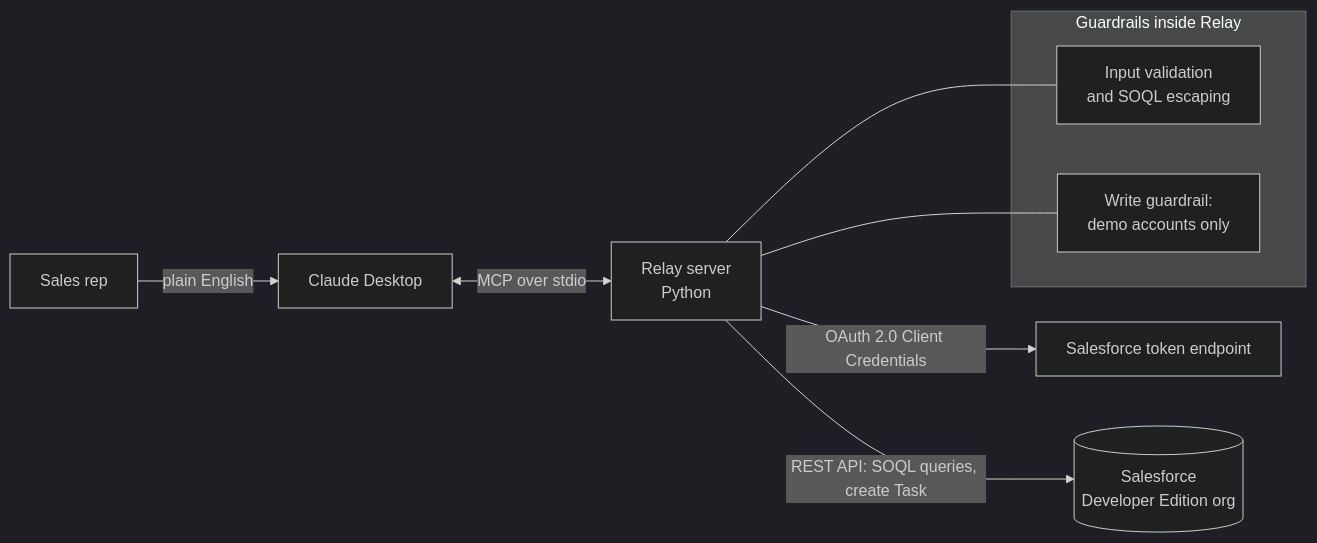
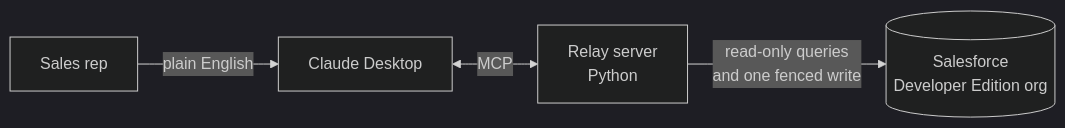
One commit to SahilH-spec/relay-crm-mcp changed the diagram in README.md. Above: the diagram before and after it, drawn with Mermaid (dark theme). The commit also changed other lines of this file and 1 other file, not shown here.

````diff
--- a/README.md
+++ b/README.md
@@ -19,13 +28,6 @@
 ```mermaid
 flowchart LR
-    U[Sales rep] -->|plain English| C[Claude Desktop]
-    C <-->|MCP over stdio| R[Relay server<br/>Python]
-    R -->|OAuth 2.0 Client Credentials| T[Salesforce token endpoint]
-    R -->|REST API: SOQL queries, create Task| S[(Salesforce<br/>Developer Edition org)]
-    subgraph Guardrails inside Relay
-      V[Input validation<br/>and SOQL escaping]
-      G[Write guardrail:<br/>demo accounts only]
-    end
-    R --- V
-    R --- G
+    U["Sales rep"] -->|"plain English"| C["Claude Desktop"]
+    C <-->|"MCP"| R["Relay server<br/>Python"]
+    R -->|"read-only queries<br/>and one fenced write"| S[("Salesforce<br/>Developer Edition org")]
 ```
````
